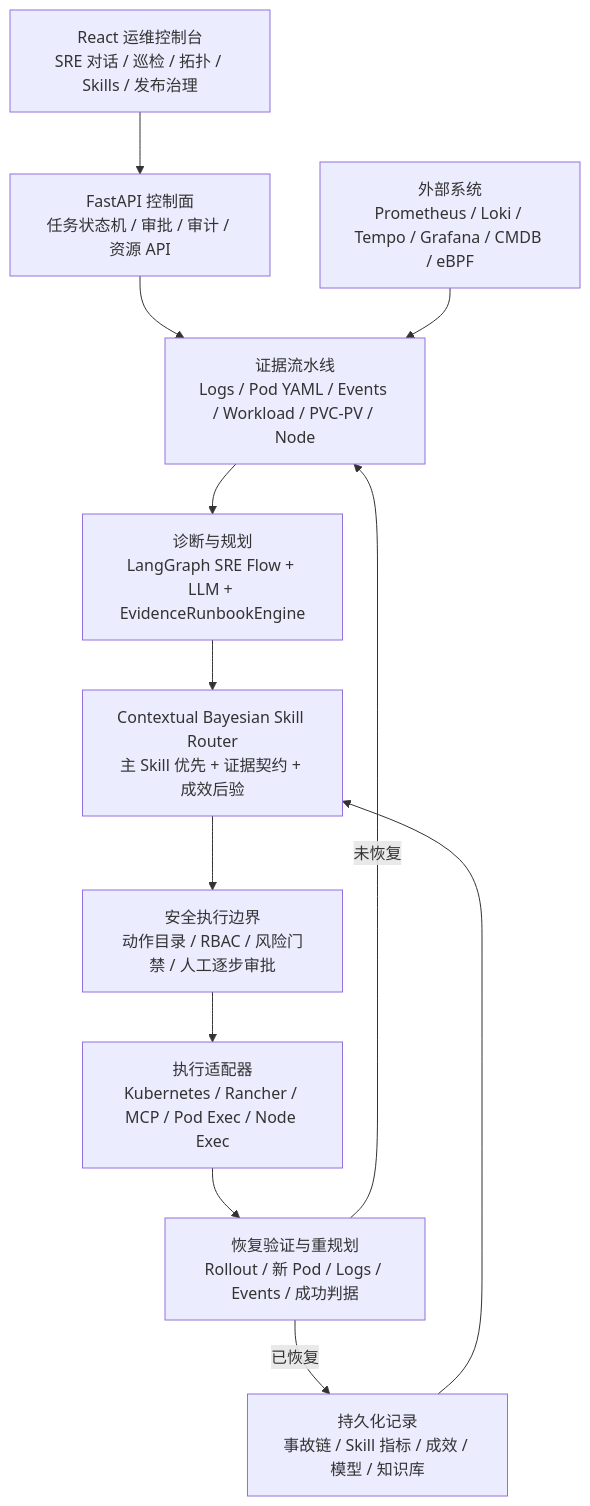
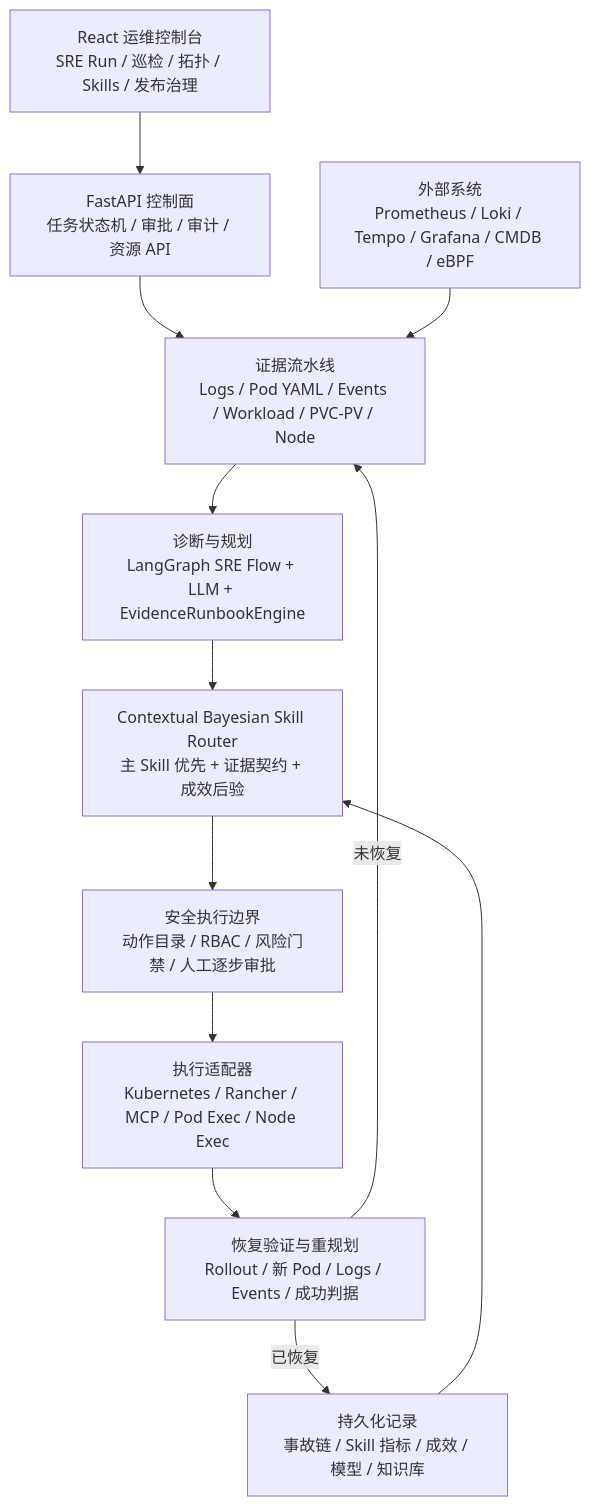
One commit to William-Lu-stack/Flawless changed the diagram in docs/PROJECT_TECHNICAL_MATERIALS_ZH.md. Above: the diagram before and after it, drawn with Mermaid. The commit also changed other lines of this file and 44 other files, not shown here.

````diff
--- a/docs/PROJECT_TECHNICAL_MATERIALS_ZH.md
+++ b/docs/PROJECT_TECHNICAL_MATERIALS_ZH.md
@@ -56,25 +56,25 @@
 ```mermaid
 flowchart TD
-    UI["React 运维控制台<br/>SRE 对话 / 巡检 / 拓扑 / Skills / 发布治理"]
+    UI["React 运维控制台<br/>SRE Run / 巡检 / 拓扑 / Skills / 发布治理"]
     API["FastAPI 控制面<br/>任务状态机 / 审批 / 审计 / 资源 API"]
     EVIDENCE["证据流水线<br/>Logs / Pod YAML / Events / Workload / PVC-PV / Node"]
     PLAN["诊断与规划<br/>LangGraph SRE Flow + LLM + EvidenceRunbookEngine"]
     ROUTER["Contextual Bayesian Skill Router<br/>主 Skill 优先 + 证据契约 + 成效后验"]
     GATE["安全执行边界<br/>动作目录 / RBAC / 风险门禁 / 人工逐步审批"]
     EXEC["执行适配器<br/>Kubernetes / Rancher / MCP / Pod Exec / Node Exec"]
     VERIFY["恢复验证与重规划<br/>Rollout / 新 Pod / Logs / Events / 成功判据"]
     RECORD["持久化记录<br/>事故链 / Skill 指标 / 成效 / 模型 / 知识库"]
     OBS["外部系统<br/>Prometheus / Loki / Tempo / Grafana / CMDB / eBPF"]
 
     UI --> API
     API --> EVIDENCE
     EVIDENCE --> PLAN
     PLAN --> ROUTER
     ROUTER --> GATE
     GATE --> EXEC
     EXEC --> VERIFY
     VERIFY -->|"已恢复"| RECORD
     VERIFY -->|"未恢复"| EVIDENCE
     OBS --> EVIDENCE
     RECORD --> ROUTER
 ```
````
